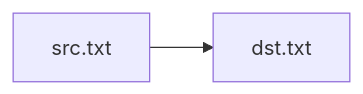
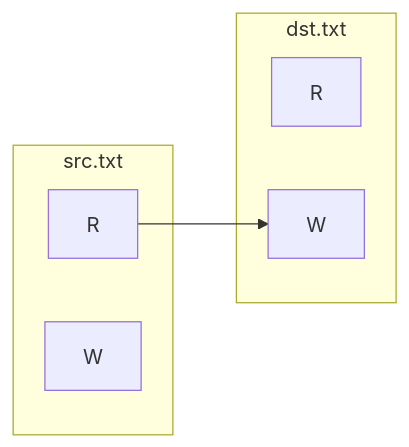
One commit to indole/indole changed the diagram in doc/example/CopyFile.md. Above: the diagram before and after it, drawn with Mermaid. The commit also changed 3 other files, not shown here.

````diff
--- a/doc/example/CopyFile.md
+++ b/doc/example/CopyFile.md
@@ -19,6 +19,12 @@
 ```mermaid
 graph LR
-A[src.txt]
-B[dst.txt]
-A-->B
+subgraph src.txt
+ AR[R]
+ AW[W]
+end
+subgraph dst.txt
+ BR[R]
+ BW[W]
+end
+AR-->BW
 ```
````
